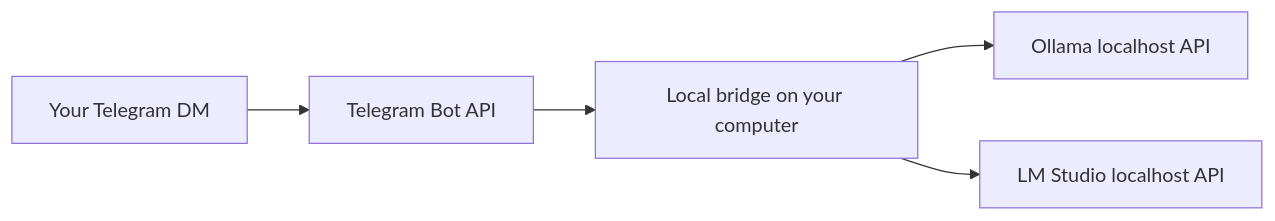
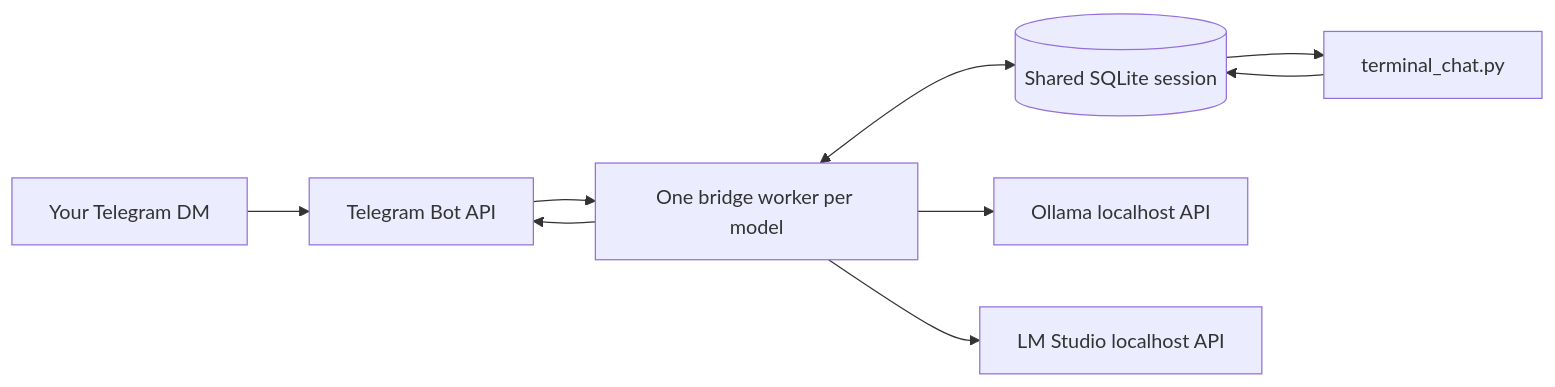
Before and after one commit to ssamssae/local-telegram-bridge: the diagram in README.md, drawn with Mermaid. The commit also changed other lines of this file and 4 other files, not shown here.

Commit message:
docs: define shared session recovery and migration contract (T-260907-006)

````diff
--- a/README.md
+++ b/README.md
@@ -11,7 +11,11 @@
 ```mermaid
 flowchart LR
   Phone[Your Telegram DM] --> Telegram[Telegram Bot API]
-  Telegram --> Bridge[Local bridge on your computer]
+  Telegram --> Bridge[One bridge worker per model]
+  Terminal[terminal_chat.py] --> DB[(Shared SQLite session)]
+  Bridge <--> DB
+  DB --> Terminal
+  Bridge --> Telegram
   Bridge --> Ollama[Ollama localhost API]
   Bridge --> LMS[LM Studio localhost API]
 ```
````
